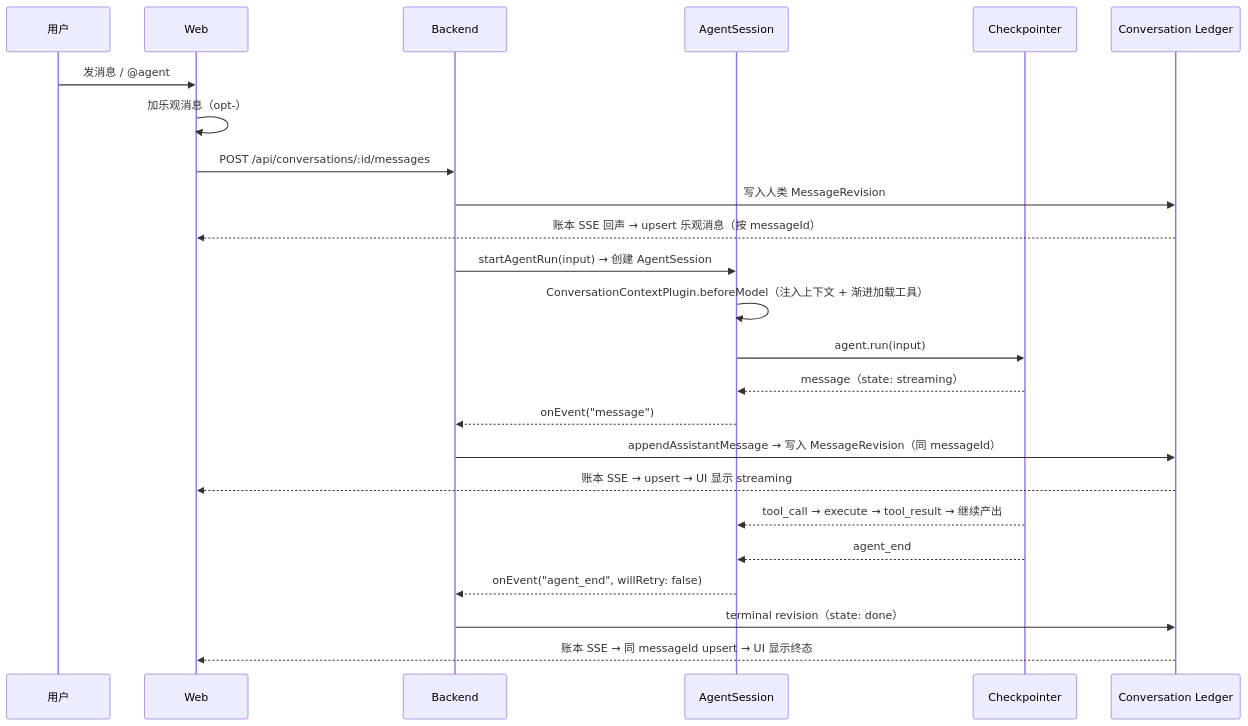
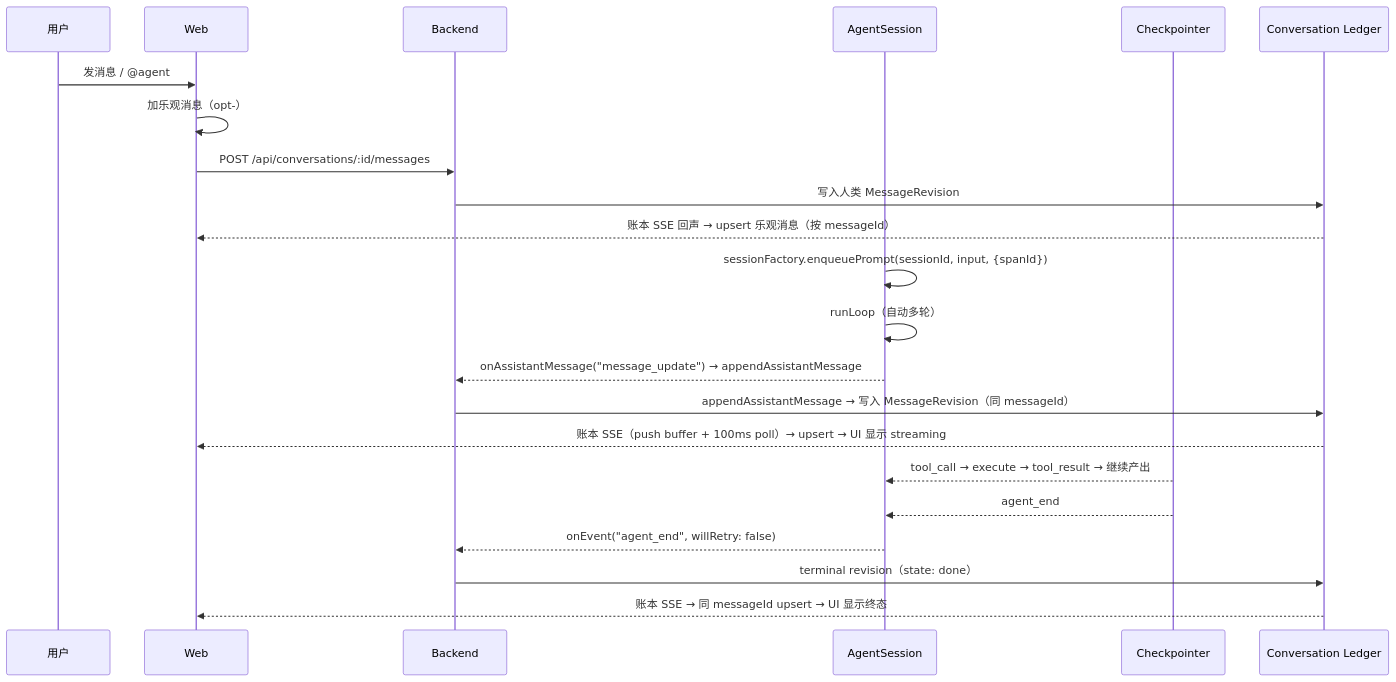
The diagram in docs/architecture/flows/e2e-web-message.md (Chengchcc/my-agent-team), drawn with Mermaid before and after one commit. The commit also changed other lines of this file and 14 other files, not shown here.

````diff
--- a/docs/architecture/flows/e2e-web-message.md
+++ b/docs/architecture/flows/e2e-web-message.md
@@ -20,27 +20,25 @@
 ```mermaid
 sequenceDiagram
   participant U as 用户
   participant W as Web
   participant B as Backend
   participant AS as AgentSession
   participant CK as Checkpointer
   participant L as Conversation Ledger
 
   U->>W: 发消息 / @agent
   W->>W: 加乐观消息（opt-）
   W->>B: POST /api/conversations/:id/messages
   B->>L: 写入人类 MessageRevision
   L-->>W: 账本 SSE 回声 → upsert 乐观消息（按 messageId）
-  B->>AS: startAgentRun(input) → 创建 AgentSession
-  AS->>AS: ConversationContextPlugin.beforeModel（注入上下文 + 渐进加载工具）
-  AS->>CK: agent.run(input)
-  CK-->>AS: message（state: streaming）
-  AS-->>B: onEvent("message")
+  AS->>AS: sessionFactory.enqueuePrompt(sessionId, input, {spanId})
+  AS->>AS: runLoop（自动多轮）
+  AS-->>B: onAssistantMessage("message_update") → appendAssistantMessage
   B->>L: appendAssistantMessage → 写入 MessageRevision（同 messageId）
-  L-->>W: 账本 SSE → upsert → UI 显示 streaming
+  L-->>W: 账本 SSE（push buffer + 100ms poll）→ upsert → UI 显示 streaming
   CK-->>AS: tool_call → execute → tool_result → 继续产出
   CK-->>AS: agent_end
   AS-->>B: onEvent("agent_end", willRetry: false)
   B->>L: terminal revision（state: done）
   L-->>W: 账本 SSE → 同 messageId upsert → UI 显示终态
 ```
````
